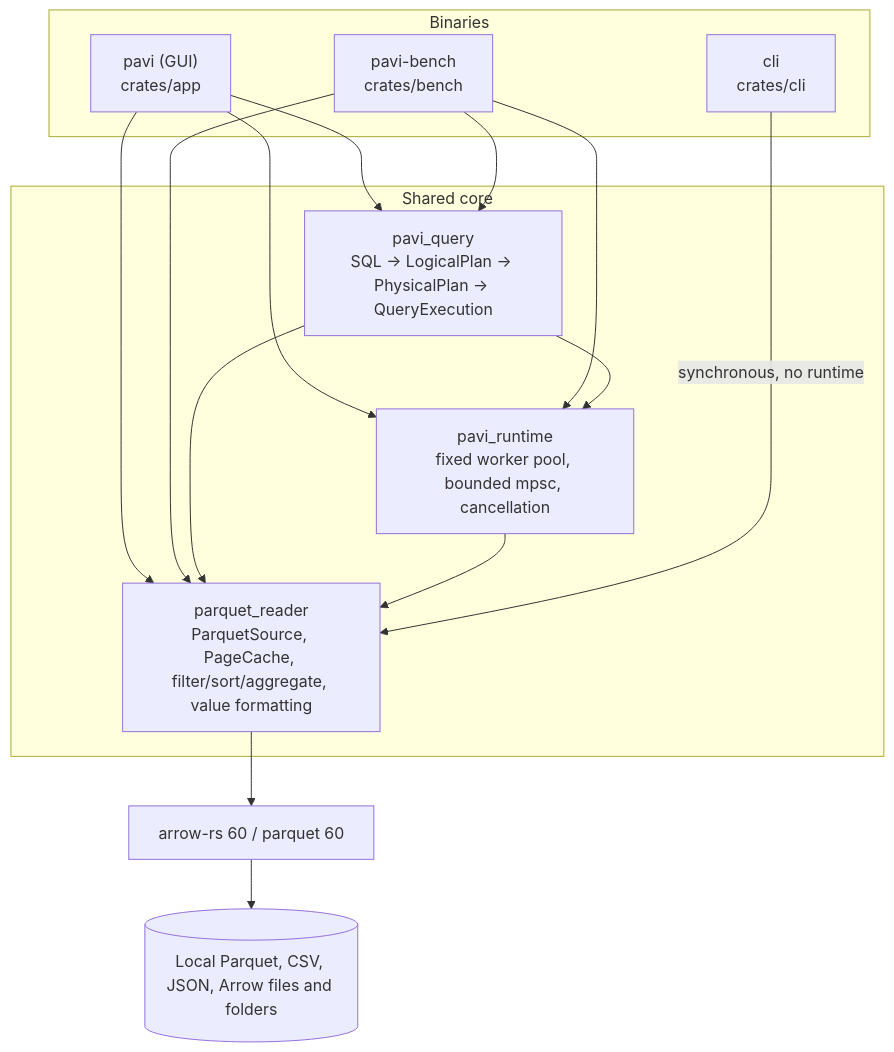
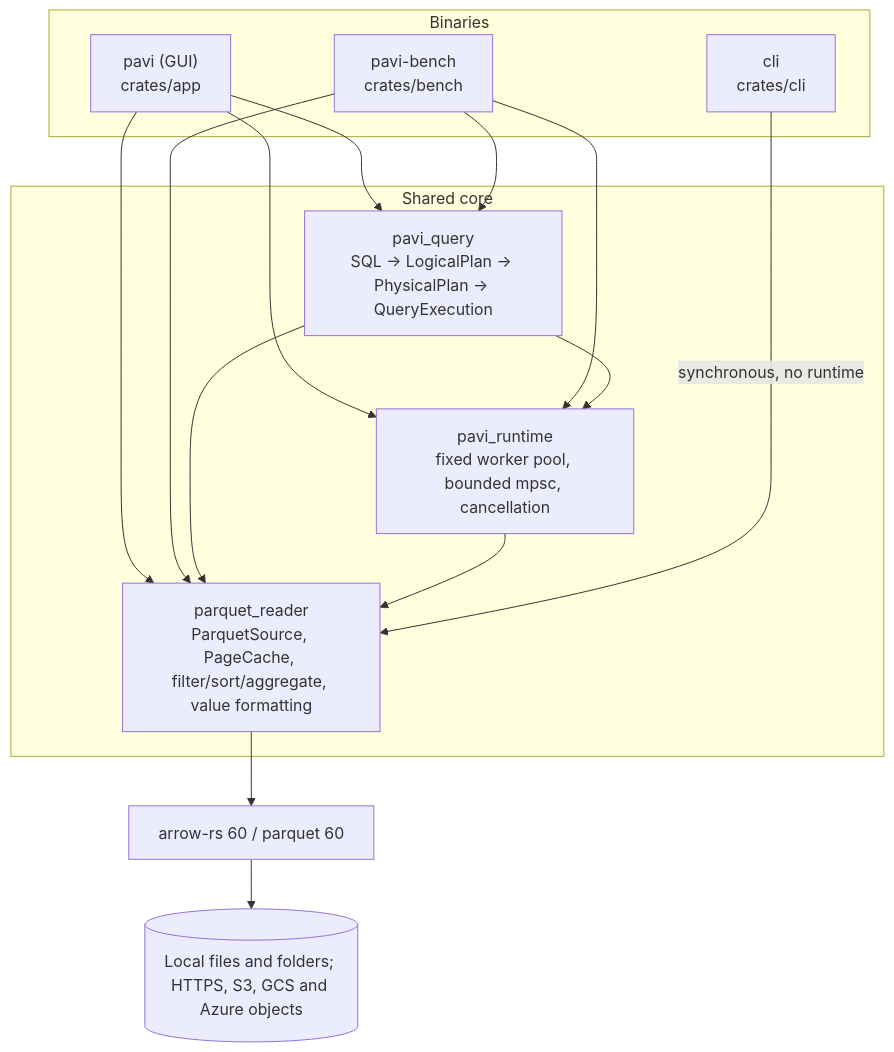
The diagram in docs/ARCHITECTURE.md (elshanhsynv/pavi), drawn with Mermaid before and after one commit. The commit also changed other lines of this file and 28 other files, not shown here.

````diff
--- a/docs/ARCHITECTURE.md
+++ b/docs/ARCHITECTURE.md
@@ -15,27 +15,27 @@
 ```mermaid
 flowchart TB
     subgraph Binaries
         GUI["pavi (GUI)<br/>crates/app"]
         CLI["cli<br/>crates/cli"]
         BENCH["pavi-bench<br/>crates/bench"]
     end
     subgraph Shared core
         QUERY["pavi_query<br/>SQL → LogicalPlan → PhysicalPlan → QueryExecution"]
         RUNTIME["pavi_runtime<br/>fixed worker pool, bounded mpsc, cancellation"]
         PQ["parquet_reader<br/>ParquetSource, PageCache, filter/sort/aggregate, value formatting"]
     end
     ARROW["arrow-rs 60 / parquet 60"]
-    FS[("Local Parquet, CSV, JSON, Arrow files and folders")]
+    FS[("Local files and folders; HTTPS, S3, GCS and Azure objects")]
 
     GUI --> QUERY
     GUI --> RUNTIME
     GUI --> PQ
     BENCH --> QUERY
     BENCH --> RUNTIME
     BENCH --> PQ
     QUERY --> RUNTIME
     QUERY --> PQ
     RUNTIME --> PQ
     CLI -->|"synchronous, no runtime"| PQ
     PQ --> ARROW --> FS
 ```
````
